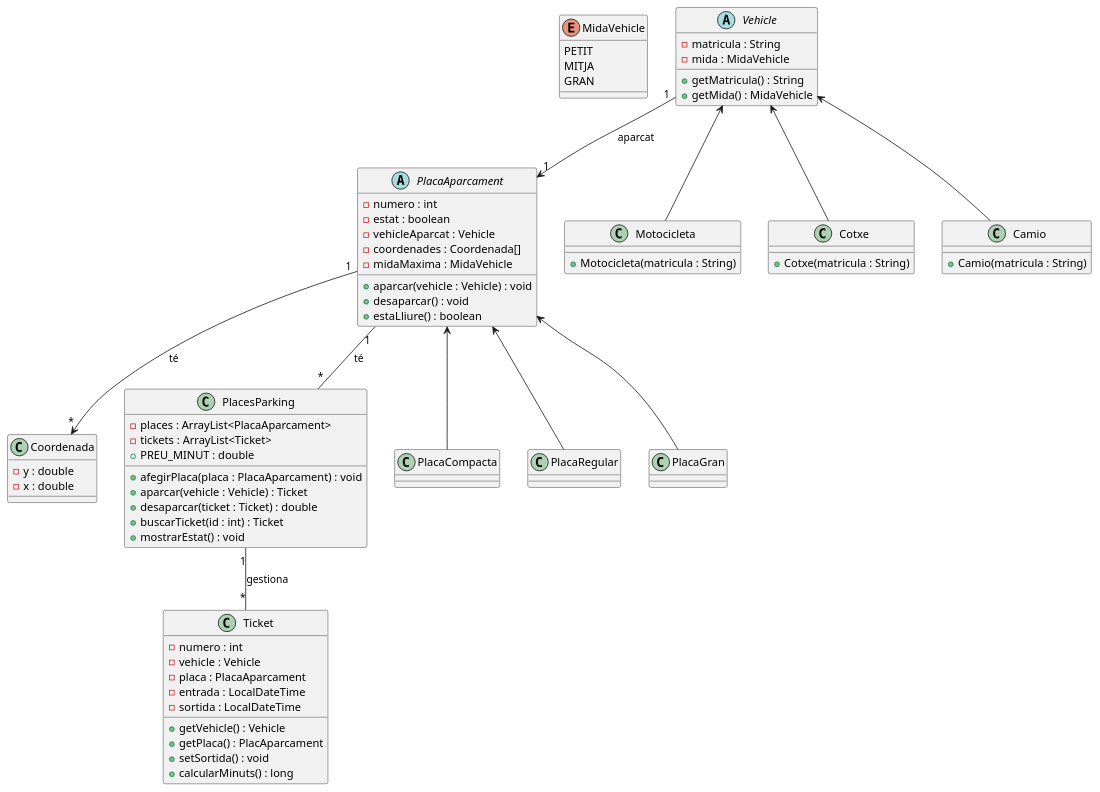
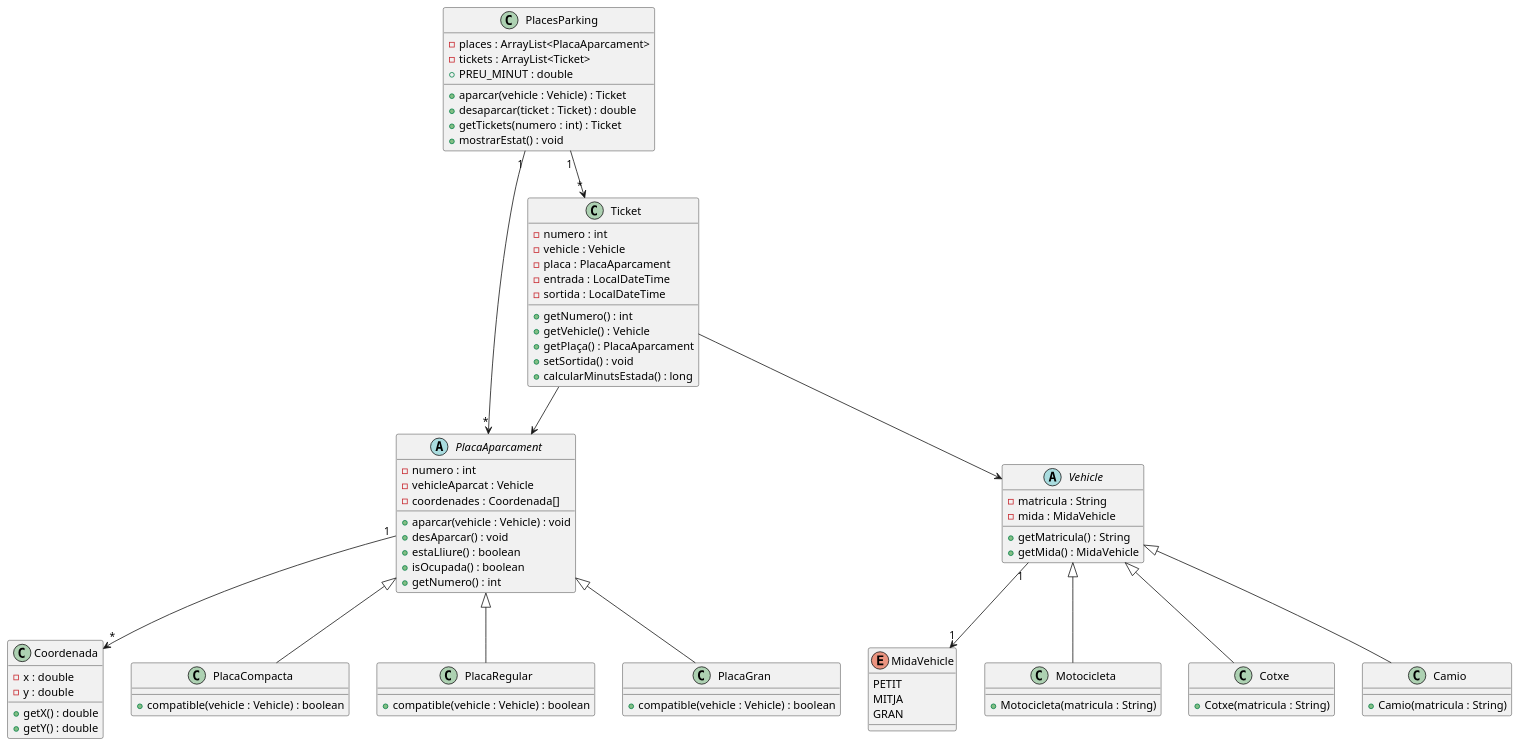
Before and after one commit to ins-vib/poo-parking-shxuz045: the diagram in src/UML/classes.puml, drawn with PlantUML. The commit also changed 32 other files, not shown here.

```diff
--- a/src/UML/classes.puml
+++ b/src/UML/classes.puml
@@ -1,97 +1,108 @@
+@startuml
+
 enum MidaVehicle {
     PETIT
     MITJA
     GRAN
 }
 
-abstract Class Vehicle {
-- matricula : String
-- mida : MidaVehicle
-
-+ getMatricula() : String
-+ getMida() : MidaVehicle
+abstract class Vehicle {
+    - matricula : String
+    - mida : MidaVehicle
+    
+    + getMatricula() : String
+    + getMida() : MidaVehicle
 }
 
-Vehicle "1" --> "1" PlacaAparcament : aparcat
+Vehicle "1" --> "1" MidaVehicle
+
+class Motocicleta {
+    + Motocicleta(matricula : String)
+}
+
+class Cotxe {
+    + Cotxe(matricula : String)
+}
+
+class Camio {
+    + Camio(matricula : String)
+}
+
+Vehicle <|-- Motocicleta
+Vehicle <|-- Cotxe
+Vehicle <|-- Camio
 
 
-Class Motocicleta {
-+ Motocicleta(matricula : String)
-}
-
-Class Cotxe {
-+ Cotxe(matricula : String)
-}
-
-Class Camio {
-+ Camio(matricula : String)
-}
-
-Vehicle <-- Motocicleta
-Vehicle <-- Cotxe
-Vehicle <-- Camio
-
-
-abstract Class PlacaAparcament {
-    - numero : int
-    - estat : boolean
-    - vehicleAparcat : Vehicle
-    - coordenades : Coordenada[]
-    - midaMaxima : MidaVehicle
-
-    + aparcar(vehicle : Vehicle) : void
-    + desaparcar() : void
-    + estaLliure() : boolean
-}
-
-PlacaAparcament "1" --> "*" Coordenada : té
-
-
-Class Coordenada {
+class Coordenada {
+    - x : double
     - y : double
-    - x : double
+    
+    + getX() : double
+    + getY() : double
 }
 
 
-Class PlacesParking {
-    - places : ArrayList<PlacaAparcament>
-    - tickets : ArrayList<Ticket>
-    + PREU_MINUT : double
-
-    + afegirPlaca(placa : PlacaAparcament) : void
-    + aparcar(vehicle : Vehicle) : Ticket
-    + desaparcar(ticket : Ticket) : double
-    + buscarTicket(id : int) : Ticket
-    + mostrarEstat() : void
+abstract class PlacaAparcament {
+    - numero : int
+    - vehicleAparcat : Vehicle
+    - coordenades : Coordenada[]
+    
+    + aparcar(vehicle : Vehicle) : void
+    + desAparcar() : void
+    + estaLliure() : boolean
+    + isOcupada() : boolean
+    + getNumero() : int
 }
 
-PlacaAparcament "1" -- "*" PlacesParking : té
-PlacesParking "1" -- "*" Ticket : gestiona
-
+PlacaAparcament "1" --> "*" Coordenada
 
 class PlacaCompacta {
+    + compatible(vehicle : Vehicle) : boolean
 }
 
 class PlacaRegular {
+    + compatible(vehicle : Vehicle) : boolean
 }
 
 class PlacaGran {
+    + compatible(vehicle : Vehicle) : boolean
 }
 
-PlacaAparcament <-- PlacaCompacta
-PlacaAparcament <-- PlacaRegular
-PlacaAparcament <-- PlacaGran
+PlacaAparcament <|-- PlacaCompacta
+PlacaAparcament <|-- PlacaRegular
+PlacaAparcament <|-- PlacaGran
 
 
-Class Ticket {
+class Ticket {
     - numero : int
     - vehicle : Vehicle
     - placa : PlacaAparcament
     - entrada : LocalDateTime
     - sortida : LocalDateTime
+    
+    + getNumero() : int
+    + getVehicle() : Vehicle
+    + getPlaça() : PlacaAparcament
+    + setSortida() : void
+    + calcularMinutsEstada() : long
+}
 
-    + getVehicle() : Vehicle
-    + getPlaca() : PlacAparcament
-    + setSortida() : void
-    + calcularMinuts() : long
+Ticket --> Vehicle
+Ticket --> PlacaAparcament
+
+
+class PlacesParking {
+    - places : ArrayList<PlacaAparcament>
+    - tickets : ArrayList<Ticket>
+    + PREU_MINUT : double
+    
+    + aparcar(vehicle : Vehicle) : Ticket
+    + desaparcar(ticket : Ticket) : double
+    + getTickets(numero : int) : Ticket
+    + mostrarEstat() : void
 }
+
+PlacesParking "1" --> "*" PlacaAparcament
+PlacesParking "1" --> "*" Ticket
+
+@enduml
```
